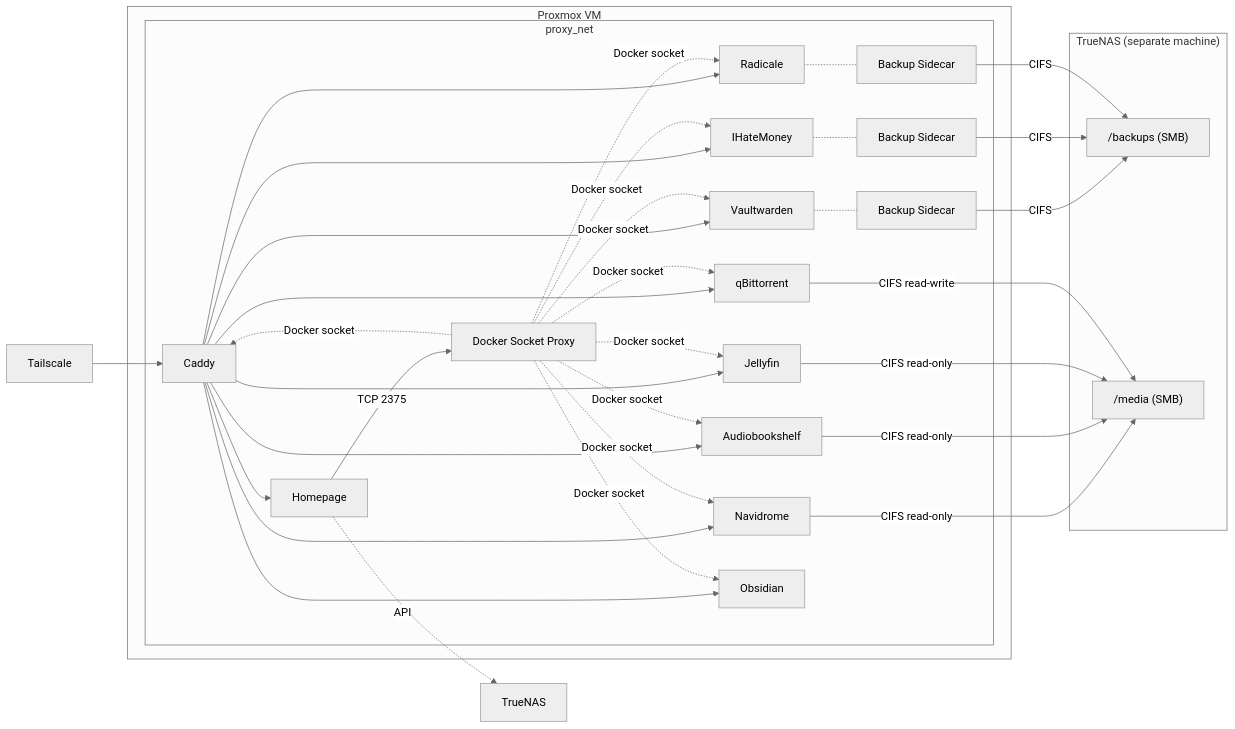
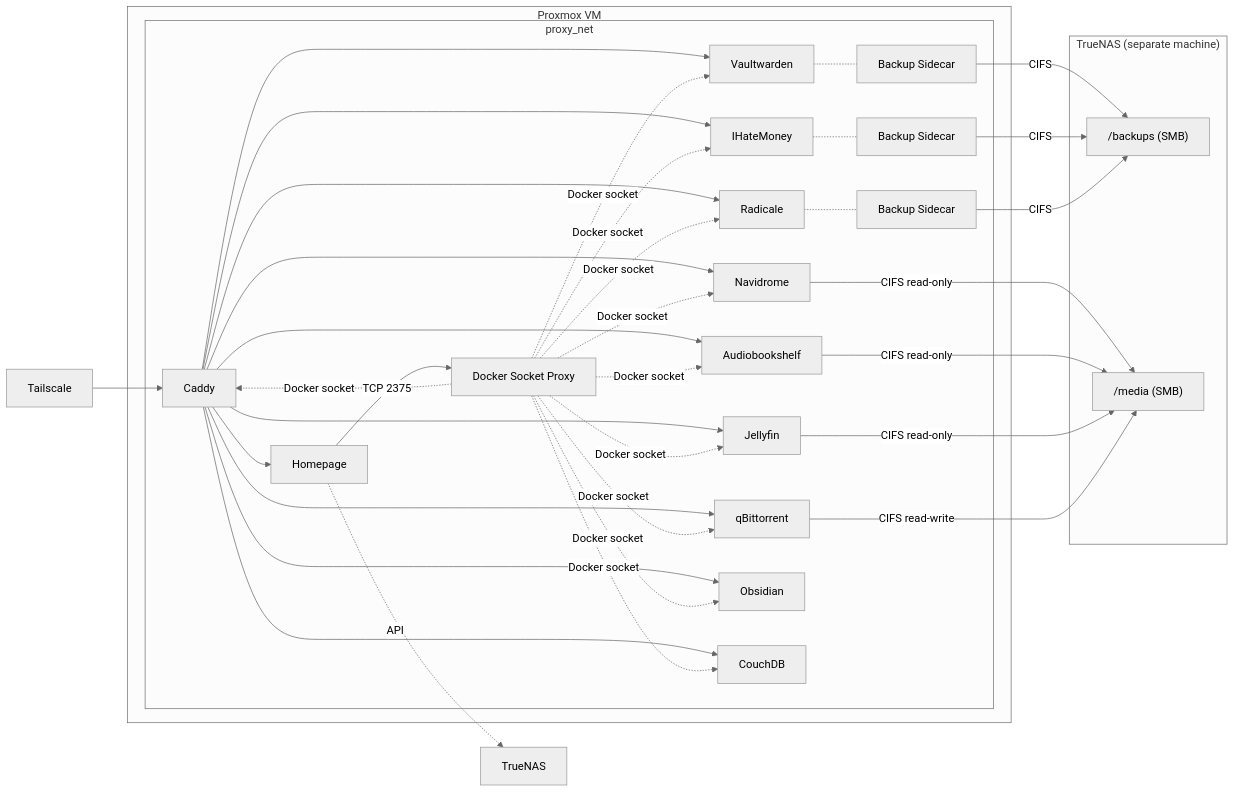
One commit to masolnada/homelab changed the first of 2 diagrams in README.md. Above: the diagram before and after it, drawn with Mermaid (neutral theme). The commit also changed other lines of this file and 4 other files, not shown here.

````diff
--- a/README.md
+++ b/README.md
@@ -7,46 +7,48 @@
 ```mermaid
 graph LR
     TS[Tailscale] --> Caddy
 
     subgraph VM["Proxmox VM"]
         subgraph proxy_net
             Caddy --> Homepage
             Caddy --> Vaultwarden
             Caddy --> Navidrome
             Caddy --> Audiobookshelf
             Caddy --> IHateMoney
             Caddy --> Jellyfin
             Caddy --> qBittorrent
             Caddy --> Radicale
             Caddy --> Obsidian
+            Caddy --> CouchDB
             Homepage -->|TCP 2375| DockerProxy[Docker Socket Proxy]
             DockerProxy -.->|Docker socket| Caddy
             DockerProxy -.->|Docker socket| Vaultwarden
             DockerProxy -.->|Docker socket| Navidrome
             DockerProxy -.->|Docker socket| Audiobookshelf
             DockerProxy -.->|Docker socket| IHateMoney
             DockerProxy -.->|Docker socket| Jellyfin
             DockerProxy -.->|Docker socket| qBittorrent
             DockerProxy -.->|Docker socket| Radicale
             DockerProxy -.->|Docker socket| Obsidian
+            DockerProxy -.->|Docker socket| CouchDB
             Vaultwarden -.- Backup[Backup Sidecar]
             IHateMoney -.- IHMBackup[Backup Sidecar]
             Radicale -.- RadBackup[Backup Sidecar]
         end
     end
 
     subgraph NAS["TrueNAS (separate machine)"]
         backups["/backups (SMB)"]
         media["/media (SMB)"]
     end
 
     Homepage -.->|API| TrueNAS
 
     Backup -->|CIFS| backups
     IHMBackup -->|CIFS| backups
     RadBackup -->|CIFS| backups
     Navidrome -->|CIFS read-only| media
     Audiobookshelf -->|CIFS read-only| media
     Jellyfin -->|CIFS read-only| media
     qBittorrent -->|CIFS read-write| media
 ```
````
